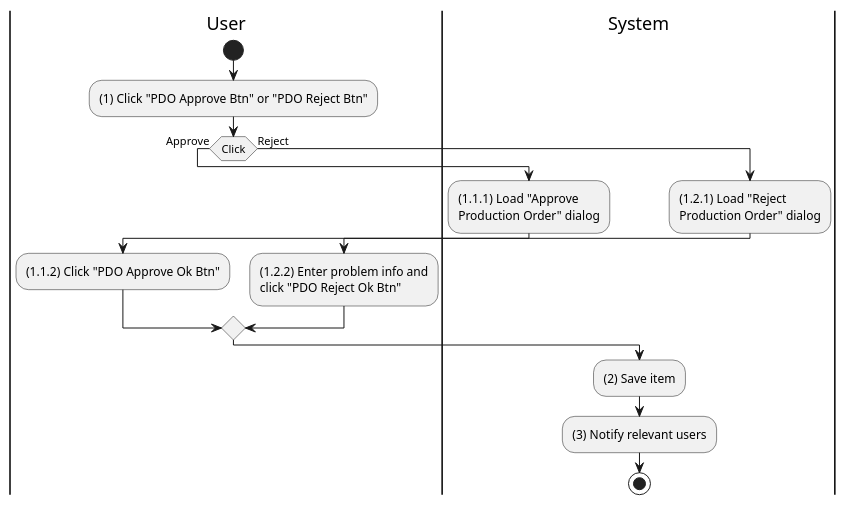
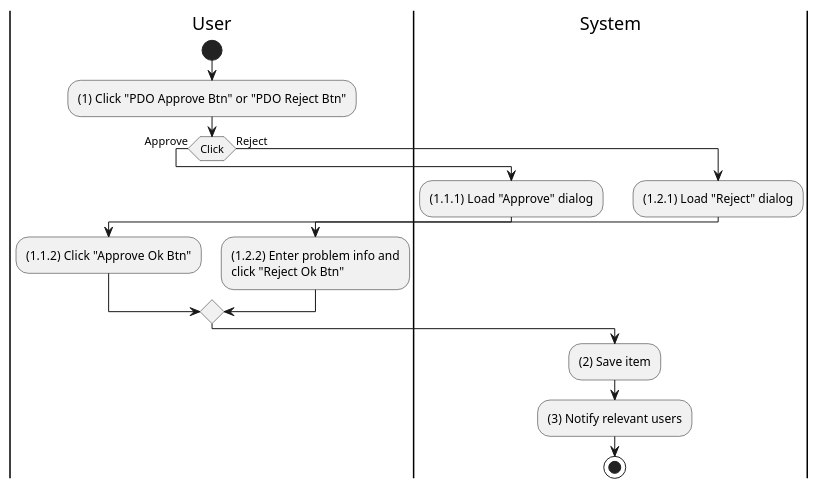
One commit to phihungha/scmss-reqs changed the diagram in activities/production-order-approve.plantuml. Above: the diagram before and after it, drawn with PlantUML. The commit also changed 15 other files, not shown here.

```diff
--- a/activities/production-order-approve.plantuml
+++ b/activities/production-order-approve.plantuml
@@ -1,23 +1,23 @@
 @startuml production-order-approve
 |u|User
 |s|System
 
 |u|
 start
 :(1) Click "PDO Approve Btn" or "PDO Reject Btn";
 if (Click) then (Approve)
     |s|
-    :(1.1.1) Load "Approve\nProduction Order" dialog;
+    :(1.1.1) Load "Approve" dialog;
     |u|
-    :(1.1.2) Click "PDO Approve Ok Btn";
+    :(1.1.2) Click "Approve Ok Btn";
 else (Reject)
     |s|
-    :(1.2.1) Load "Reject\nProduction Order" dialog;
+    :(1.2.1) Load "Reject" dialog;
     |u|
-    :(1.2.2) Enter problem info and\nclick "PDO Reject Ok Btn";
+    :(1.2.2) Enter problem info and\nclick "Reject Ok Btn";
 endif
 |s|
 :(2) Save item;
 :(3) Notify relevant users;
 stop
 @enduml
```
